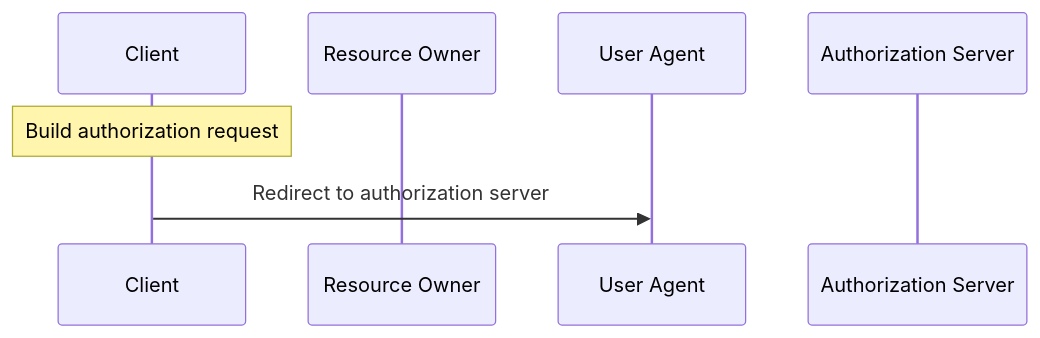
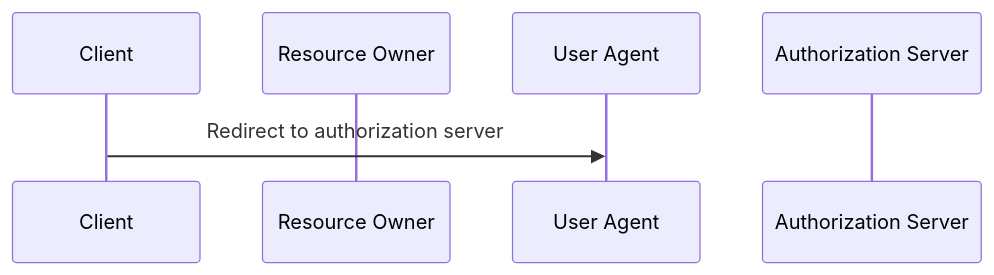
The diagram in examples/oauth-authorization-code/generated/mermaid/workflow-sequence-client-start_authorization.mmd (BehavioML/specifications), drawn with Mermaid before and after one commit. The commit also changed 16 other files, not shown here.

```diff
--- a/examples/oauth-authorization-code/generated/mermaid/workflow-sequence-client-start_authorization.mmd
+++ b/examples/oauth-authorization-code/generated/mermaid/workflow-sequence-client-start_authorization.mmd
@@ -1,8 +1,7 @@
 sequenceDiagram
   participant client as Client
   participant resource_owner as Resource Owner
   participant user_agent as User Agent
   participant authorization_server as Authorization Server
 
-  Note over client: Build authorization request
   client->>user_agent: Redirect to authorization server
```
